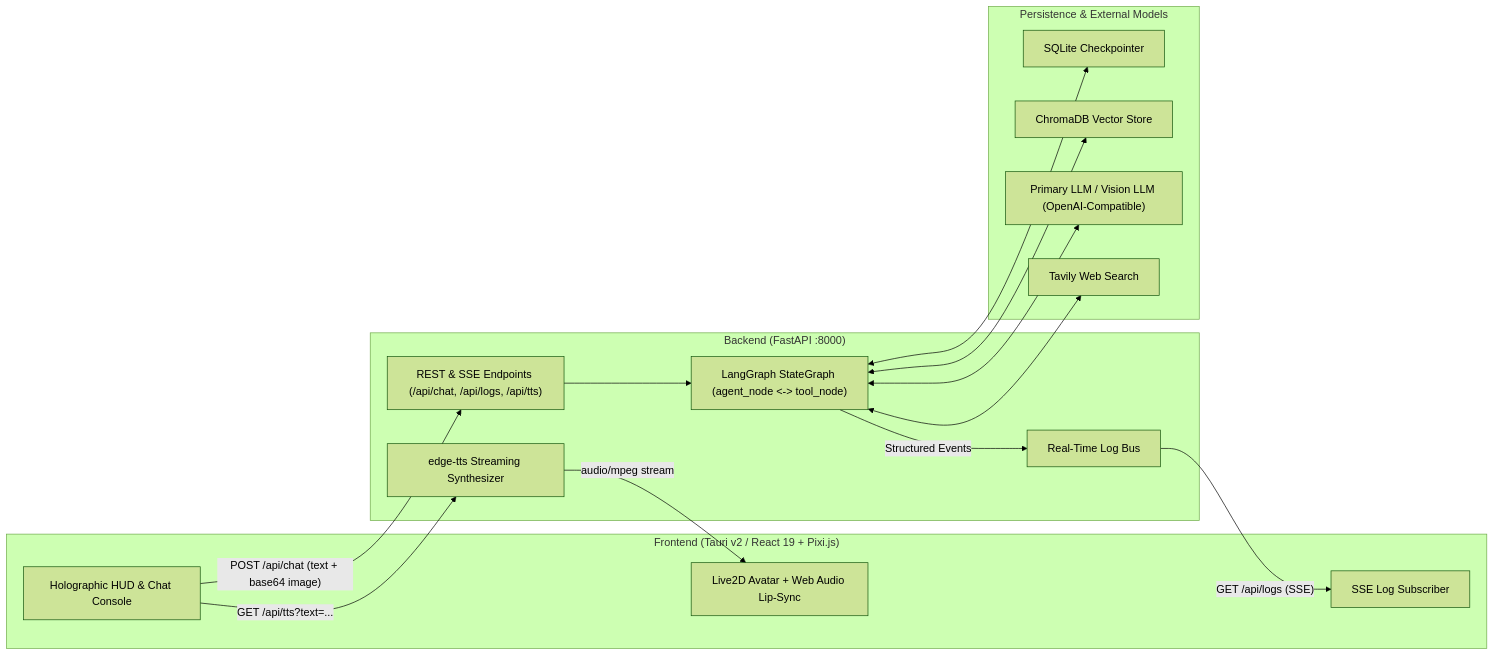
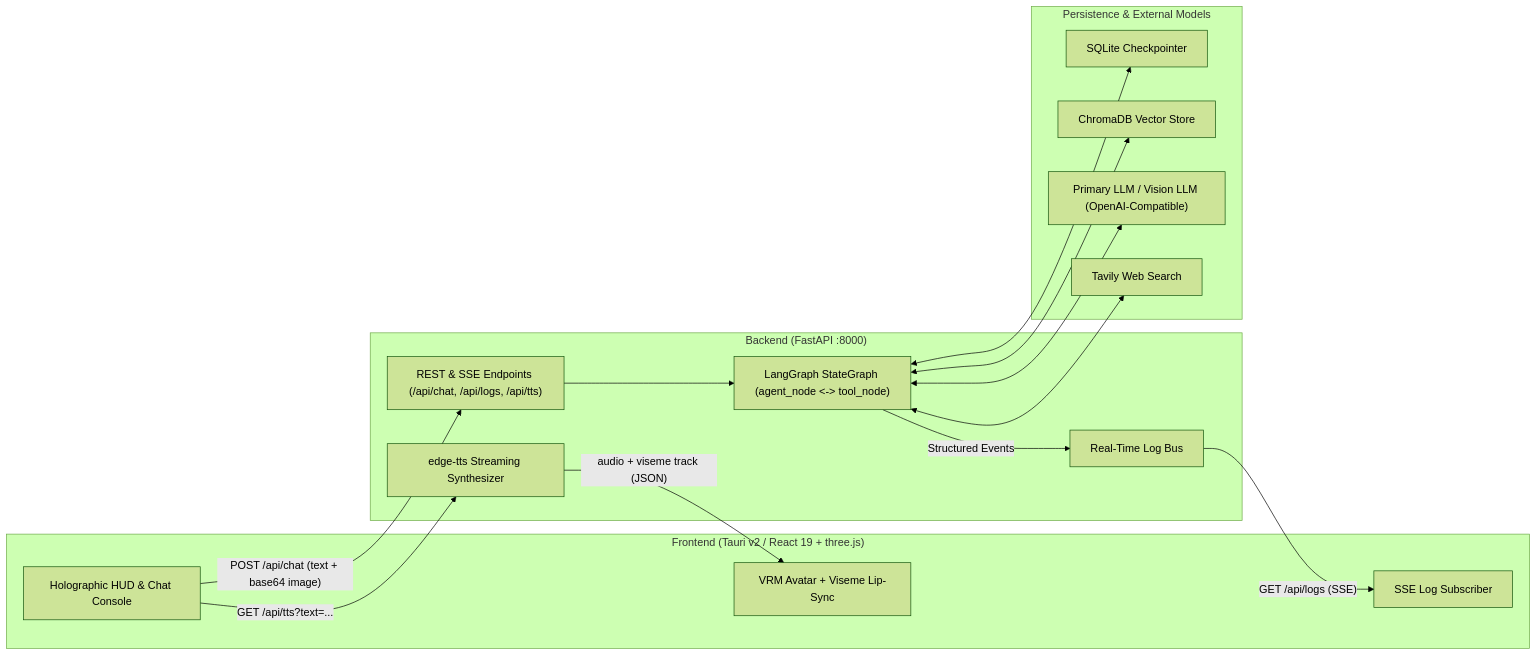
One commit to guayu12/mercy-protocol changed the diagram in docs/feature-overview.md. Above: the diagram before and after it, drawn with Mermaid (forest theme). The commit also changed other lines of this file and 13 other files, not shown here.

Commit message:
Replace Live2D with redistributable VRM avatar and viseme lip-sync from TTS word boundaries

````diff
--- a/docs/feature-overview.md
+++ b/docs/feature-overview.md
@@ -58,33 +58,33 @@
 ```mermaid
 flowchart LR
-    subgraph Frontend ["Frontend (Tauri v2 / React 19 + Pixi.js)"]
+    subgraph Frontend ["Frontend (Tauri v2 / React 19 + three.js)"]
         UI["Holographic HUD & Chat Console"]
-        L2D["Live2D Avatar + Web Audio Lip-Sync"]
+        L2D["VRM Avatar + Viseme Lip-Sync"]
         SSE_C["SSE Log Subscriber"]
     end
 
     subgraph Backend ["Backend (FastAPI :8000)"]
         API["REST & SSE Endpoints (/api/chat, /api/logs, /api/tts)"]
         BUS["Real-Time Log Bus"]
         LG["LangGraph StateGraph (agent_node <-> tool_node)"]
         TTS["edge-tts Streaming Synthesizer"]
     end
 
     subgraph Storage_External ["Persistence & External Models"]
         SQL["SQLite Checkpointer"]
         CHROMA["ChromaDB Vector Store"]
         LLM["Primary LLM / Vision LLM (OpenAI-Compatible)"]
         TAV["Tavily Web Search"]
     end
 
     UI -- "POST /api/chat (text + base64 image)" --> API
     API --> LG
     LG <--> SQL
     LG <--> CHROMA
     LG <--> LLM
     LG <--> TAV
     LG -- "Structured Events" --> BUS
     BUS -- "GET /api/logs (SSE)" --> SSE_C
     UI -- "GET /api/tts?text=..." --> TTS
-    TTS -- "audio/mpeg stream" --> L2D
+    TTS -- "audio + viseme track (JSON)" --> L2D
 ```
````
